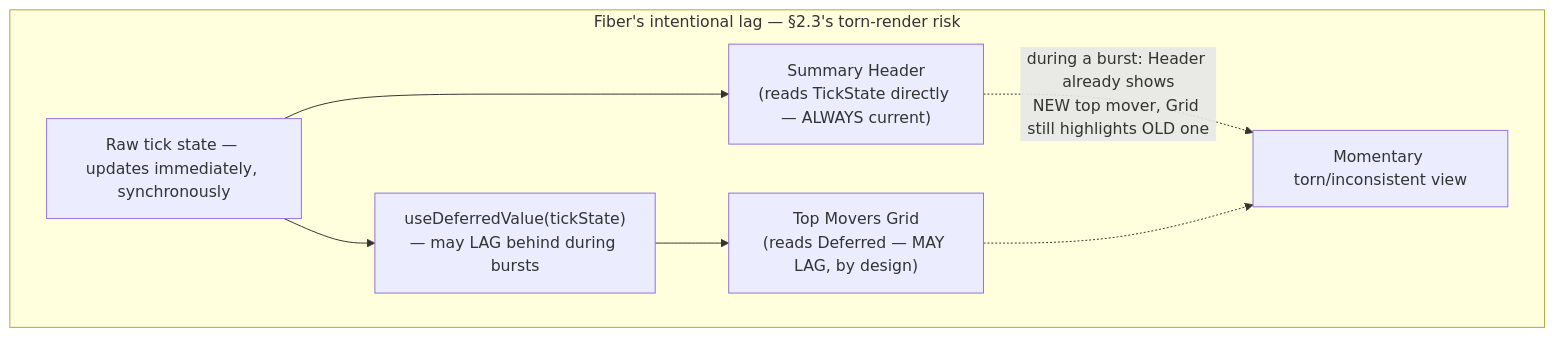
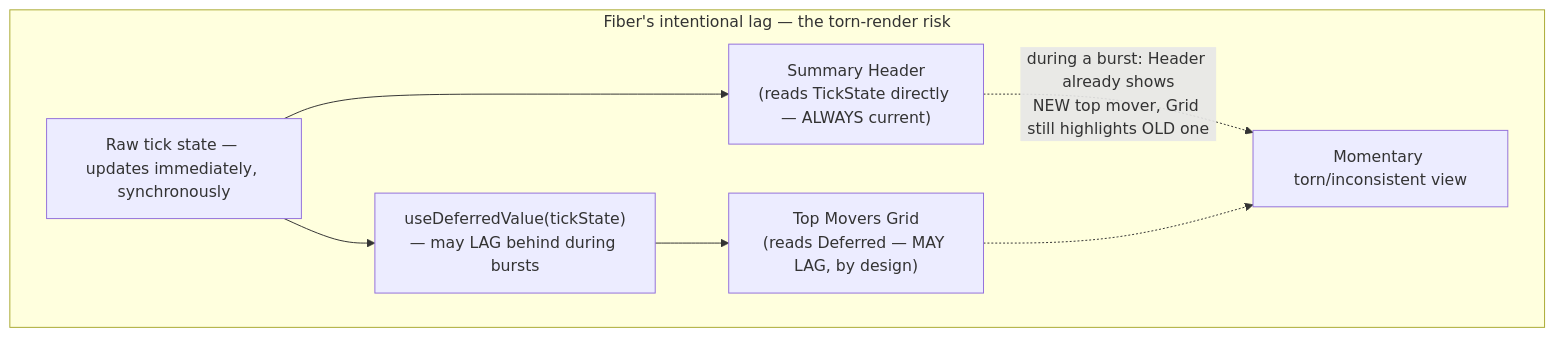
One commit to umashankarp/InterviewQuestions changed the diagram in 43-React/03-Capstone-TradeView-React-ComparativeRebuild.md. Above: the diagram before and after it, drawn with Mermaid. The commit also changed other lines of this file and 173 other files, not shown here.

````diff
--- a/43-React/03-Capstone-TradeView-React-ComparativeRebuild.md
+++ b/43-React/03-Capstone-TradeView-React-ComparativeRebuild.md
@@ -56,16 +56,16 @@
 ```mermaid
 graph TB
-    subgraph "Fiber's intentional lag — §2.3's torn-render risk"
-        TickState[Raw tick state — updates immediately, synchronously]
-        Deferred["useDeferredValue(tickState)<br/>— may LAG behind during bursts"]
-        TickState --> Deferred
+ subgraph "Fiber's intentional lag — the torn-render risk"
+ TickState[Raw tick state — updates immediately, synchronously]
+ Deferred["useDeferredValue(tickState)<br/>— may LAG behind during bursts"]
+ TickState --> Deferred
 
-        Header["Summary Header<br/>(reads TickState directly — ALWAYS current)"]
-        Grid["Top Movers Grid<br/>(reads Deferred — MAY LAG, by design)"]
-        TickState --> Header
-        Deferred --> Grid
+ Header["Summary Header<br/>(reads TickState directly — ALWAYS current)"]
+ Grid["Top Movers Grid<br/>(reads Deferred — MAY LAG, by design)"]
+ TickState --> Header
+ Deferred --> Grid
 
-        Header -.->|"during a burst: Header already shows<br/>NEW top mover, Grid still highlights OLD one"| Torn[Momentary torn/inconsistent view]
-        Grid -.-> Torn
-    end
+ Header -.->|"during a burst: Header already shows<br/>NEW top mover, Grid still highlights OLD one"| Torn[Momentary torn/inconsistent view]
+ Grid -.-> Torn
+ end
 ```
````
